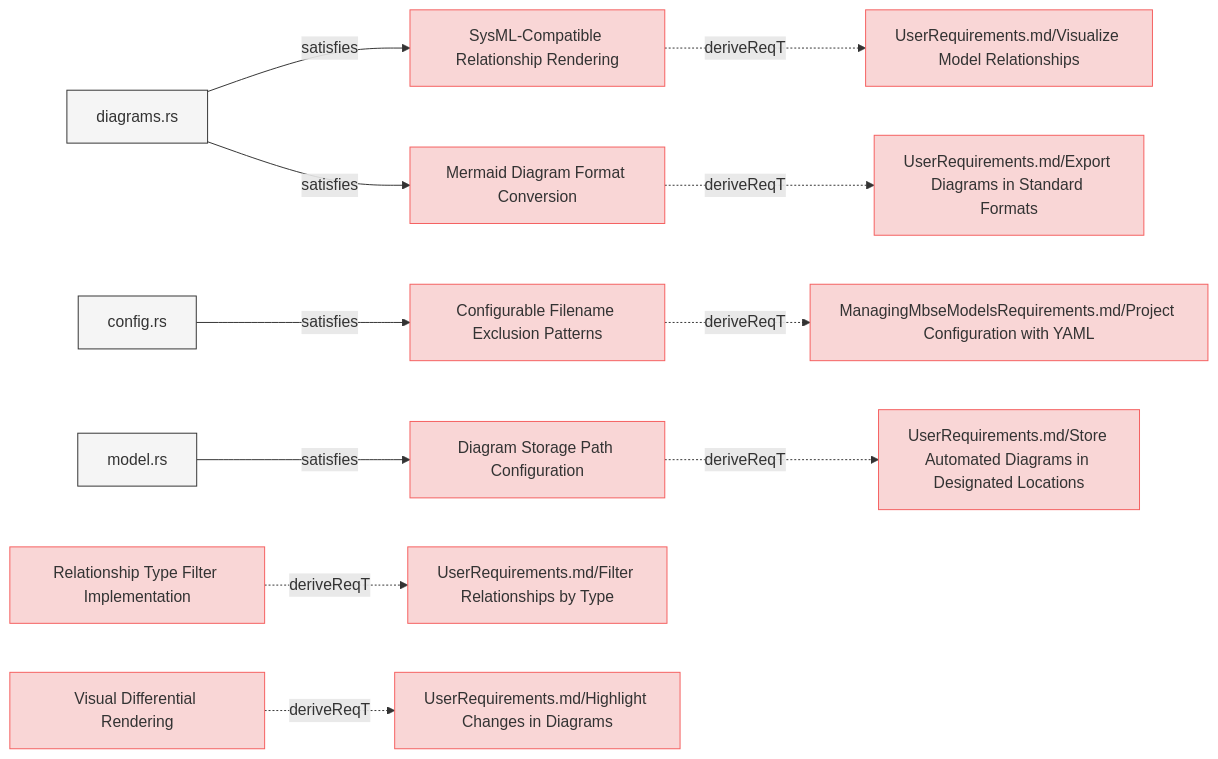
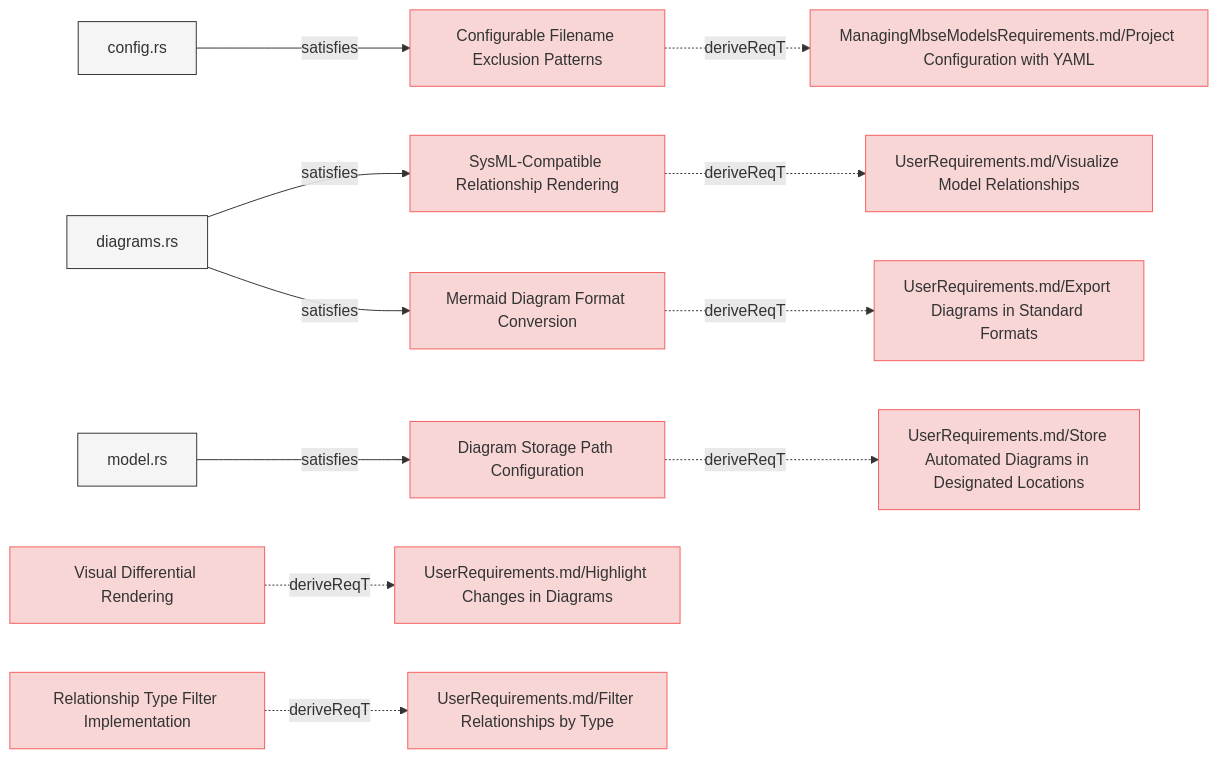
Before and after one commit to reqvire-org/reqvire: the fifth of 8 diagrams in specifications/SystemRequirements/Requirements.md, drawn with Mermaid. The commit also changed other lines of this file and 17 other files, not shown here.

First line of the commit message:
Enhance diagram links with stable git repository URLs

````diff
--- a/specifications/SystemRequirements/Requirements.md
+++ b/specifications/SystemRequirements/Requirements.md
@@ -517,64 +507,64 @@
 ```mermaid
 graph LR;
   %% Graph styling
   classDef requirement fill:#f9d6d6,stroke:#f55f5f,stroke-width:1px;
   classDef verification fill:#d6f9d6,stroke:#5fd75f,stroke-width:1px;
   classDef externalLink fill:#d0e0ff,stroke:#3080ff,stroke-width:1px;
   classDef default fill:#f5f5f5,stroke:#333333,stroke-width:1px;
 
+  cc8128cae305b29d["Configurable Filename Exclusion Patterns"];
+  click cc8128cae305b29d "https://github.com/ilijaljubicic/ReqFlow/blob/a94231473c9a4a56fe21608ebd13787e0cc3f2dc/specifications/SystemRequirements/Requirements.md#configurable-filename-exclusion-patterns";
+  class cc8128cae305b29d requirement;
+  ce24dbacb9646f3b["ManagingMbseModelsRequirements.md/Project Configuration with YAML"];
+  class ce24dbacb9646f3b requirement;
+  click ce24dbacb9646f3b "https://github.com/ilijaljubicic/ReqFlow/blob/a94231473c9a4a56fe21608ebd13787e0cc3f2dc/specifications/ManagingMbseModelsRequirements.md#project-configuration-with-yaml";
+  cc8128cae305b29d -.->|deriveReqT| ce24dbacb9646f3b;
+  c87fb8d32afb10bb["config.rs"];
+  class c87fb8d32afb10bb default;
+  click c87fb8d32afb10bb "https://github.com/ilijaljubicic/ReqFlow/blob/a94231473c9a4a56fe21608ebd13787e0cc3f2dc/cli/src/config.rs";
+  c87fb8d32afb10bb -->|satisfies| cc8128cae305b29d;
   c826c1ee7c93bf6b["SysML-Compatible Relationship Rendering"];
-  click c826c1ee7c93bf6b "Requirements.md#sysml-compatible-relationship-rendering";
+  click c826c1ee7c93bf6b "https://github.com/ilijaljubicic/ReqFlow/blob/a94231473c9a4a56fe21608ebd13787e0cc3f2dc/specifications/SystemRequirements/Requirements.md#sysml-compatible-relationship-rendering";
   class c826c1ee7c93bf6b requirement;
   a6a836283607bf45["UserRequirements.md/Visualize Model Relationships"];
   class a6a836283607bf45 requirement;
-  click a6a836283607bf45 "../UserRequirements.md#visualize-model-relationships";
+  click a6a836283607bf45 "https://github.com/ilijaljubicic/ReqFlow/blob/a94231473c9a4a56fe21608ebd13787e0cc3f2dc/specifications/UserRequirements.md#visualize-model-relationships";
   c826c1ee7c93bf6b -.->|deriveReqT| a6a836283607bf45;
   d4240e29691d4b88["diagrams.rs"];
   class d4240e29691d4b88 default;
-  click d4240e29691d4b88 "../../core/src/diagrams.rs";
+  click d4240e29691d4b88 "https://github.com/ilijaljubicic/ReqFlow/blob/a94231473c9a4a56fe21608ebd13787e0cc3f2dc/core/src/diagrams.rs";
   d4240e29691d4b88 -->|satisfies| c826c1ee7c93bf6b;
-  cc8128cae305b29d["Configurable Filename Exclusion Patterns"];
-  click cc8128cae305b29d "Requirements.md#configurable-filename-exclusion-patterns";
-  class cc8128cae305b29d requirement;
-  ce24dbacb9646f3b["ManagingMbseModelsRequirements.md/Project Configuration with YAML"];
-  class ce24dbacb9646f3b requirement;
-  click ce24dbacb9646f3b "../ManagingMbseModelsRequirements.md#project-configuration-with-yaml";
-  cc8128cae305b29d -.->|deriveReqT| ce24dbacb9646f3b;
-  c87fb8d32afb10bb["config.rs"];
-  class c87fb8d32afb10bb default;
-  click c87fb8d32afb10bb "../../cli/src/config.rs";
-  c87fb8d32afb10bb -->|satisfies| cc8128cae305b29d;
+  a7ec66314a62423b["Mermaid Diagram Format Conversion"];
+  click a7ec66314a62423b "https://github.com/ilijaljubicic/ReqFlow/blob/a94231473c9a4a56fe21608ebd13787e0cc3f2dc/specifications/SystemRequirements/Requirements.md#mermaid-diagram-format-conversion";
+  class a7ec66314a62423b requirement;
+  10c00a1bd12fefa5["UserRequirements.md/Export Diagrams in Standard Formats"];
+  class 10c00a1bd12fefa5 requirement;
+  click 10c00a1bd12fefa5 "https://github.com/ilijaljubicic/ReqFlow/blob/a94231473c9a4a56fe21608ebd13787e0cc3f2dc/specifications/UserRequirements.md#export-diagrams-in-standard-formats";
+  a7ec66314a62423b -.->|deriveReqT| 10c00a1bd12fefa5;
+  d4240e29691d4b88 -->|satisfies| a7ec66314a62423b;
   191d27287e362df2["Diagram Storage Path Configuration"];
-  click 191d27287e362df2 "Requirements.md#diagram-storage-path-configuration";
+  click 191d27287e362df2 "https://github.com/ilijaljubicic/ReqFlow/blob/a94231473c9a4a56fe21608ebd13787e0cc3f2dc/specifications/SystemRequirements/Requirements.md#diagram-storage-path-configuration";
   class 191d27287e362df2 requirement;
   aee397f35b867556["UserRequirements.md/Store Automated Diagrams in Designated Locations"];
   class aee397f35b867556 requirement;
-  click aee397f35b867556 "../UserRequirements.md#store-automated-diagrams-in-designated-locations";
+  click aee397f35b867556 "https://github.com/ilijaljubicic/ReqFlow/blob/a94231473c9a4a56fe21608ebd13787e0cc3f2dc/specifications/UserRequirements.md#store-automated-diagrams-in-designated-locations";
   191d27287e362df2 -.->|deriveReqT| aee397f35b867556;
   6136c216c9f80165["model.rs"];
   class 6136c216c9f80165 default;
-  click 6136c216c9f80165 "../../core/src/model.rs";
+  click 6136c216c9f80165 "https://github.com/ilijaljubicic/ReqFlow/blob/a94231473c9a4a56fe21608ebd13787e0cc3f2dc/core/src/model.rs";
   6136c216c9f80165 -->|satisfies| 191d27287e362df2;
-  a7ec66314a62423b["Mermaid Diagram Format Conversion"];
-  click a7ec66314a62423b "Requirements.md#mermaid-diagram-format-conversion";
-  class a7ec66314a62423b requirement;
-  10c00a1bd12fefa5["UserRequirements.md/Export Diagrams in Standard Formats"];
-  class 10c00a1bd12fefa5 requirement;
-  click 10c00a1bd12fefa5 "../UserRequirements.md#export-diagrams-in-standard-formats";
-  a7ec66314a62423b -.->|deriveReqT| 10c00a1bd12fefa5;
-  d4240e29691d4b88 -->|satisfies| a7ec66314a62423b;
+  9860815d52cb0fbb["Visual Differential Rendering"];
+  click 9860815d52cb0fbb "https://github.com/ilijaljubicic/ReqFlow/blob/a94231473c9a4a56fe21608ebd13787e0cc3f2dc/specifications/SystemRequirements/Requirements.md#visual-differential-rendering";
+  class 9860815d52cb0fbb requirement;
+  fd7388e379372d7b["UserRequirements.md/Highlight Changes in Diagrams"];
+  class fd7388e379372d7b requirement;
+  click fd7388e379372d7b "https://github.com/ilijaljubicic/ReqFlow/blob/a94231473c9a4a56fe21608ebd13787e0cc3f2dc/specifications/UserRequirements.md#highlight-changes-in-diagrams";
+  9860815d52cb0fbb -.->|deriveReqT| fd7388e379372d7b;
   1414e7f8890f2939["Relationship Type Filter Implementation"];
-  click 1414e7f8890f2939 "Requirements.md#relationship-type-filter-implementation";
+  click 1414e7f8890f2939 "https://github.com/ilijaljubicic/ReqFlow/blob/a94231473c9a4a56fe21608ebd13787e0cc3f2dc/specifications/SystemRequirements/Requirements.md#relationship-type-filter-implementation";
   class 1414e7f8890f2939 requirement;
   30d97803eba68a13["UserRequirements.md/Filter Relationships by Type"];
   class 30d97803eba68a13 requirement;
-  click 30d97803eba68a13 "../UserRequirements.md#filter-relationships-by-type";
+  click 30d97803eba68a13 "https://github.com/ilijaljubicic/ReqFlow/blob/a94231473c9a4a56fe21608ebd13787e0cc3f2dc/specifications/UserRequirements.md#filter-relationships-by-type";
   1414e7f8890f2939 -.->|deriveReqT| 30d97803eba68a13;
-  9860815d52cb0fbb["Visual Differential Rendering"];
-  click 9860815d52cb0fbb "Requirements.md#visual-differential-rendering";
-  class 9860815d52cb0fbb requirement;
-  fd7388e379372d7b["UserRequirements.md/Highlight Changes in Diagrams"];
-  class fd7388e379372d7b requirement;
-  click fd7388e379372d7b "../UserRequirements.md#highlight-changes-in-diagrams";
-  9860815d52cb0fbb -.->|deriveReqT| fd7388e379372d7b;
 ```
````
